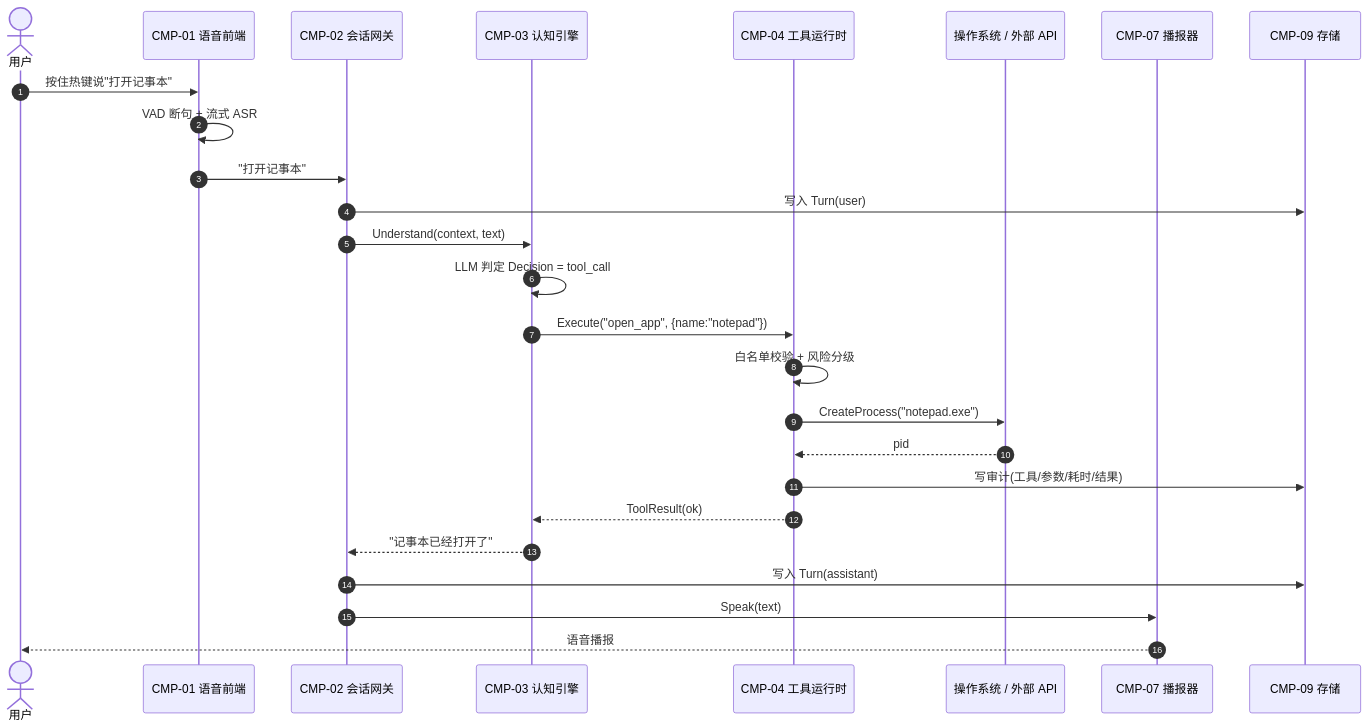
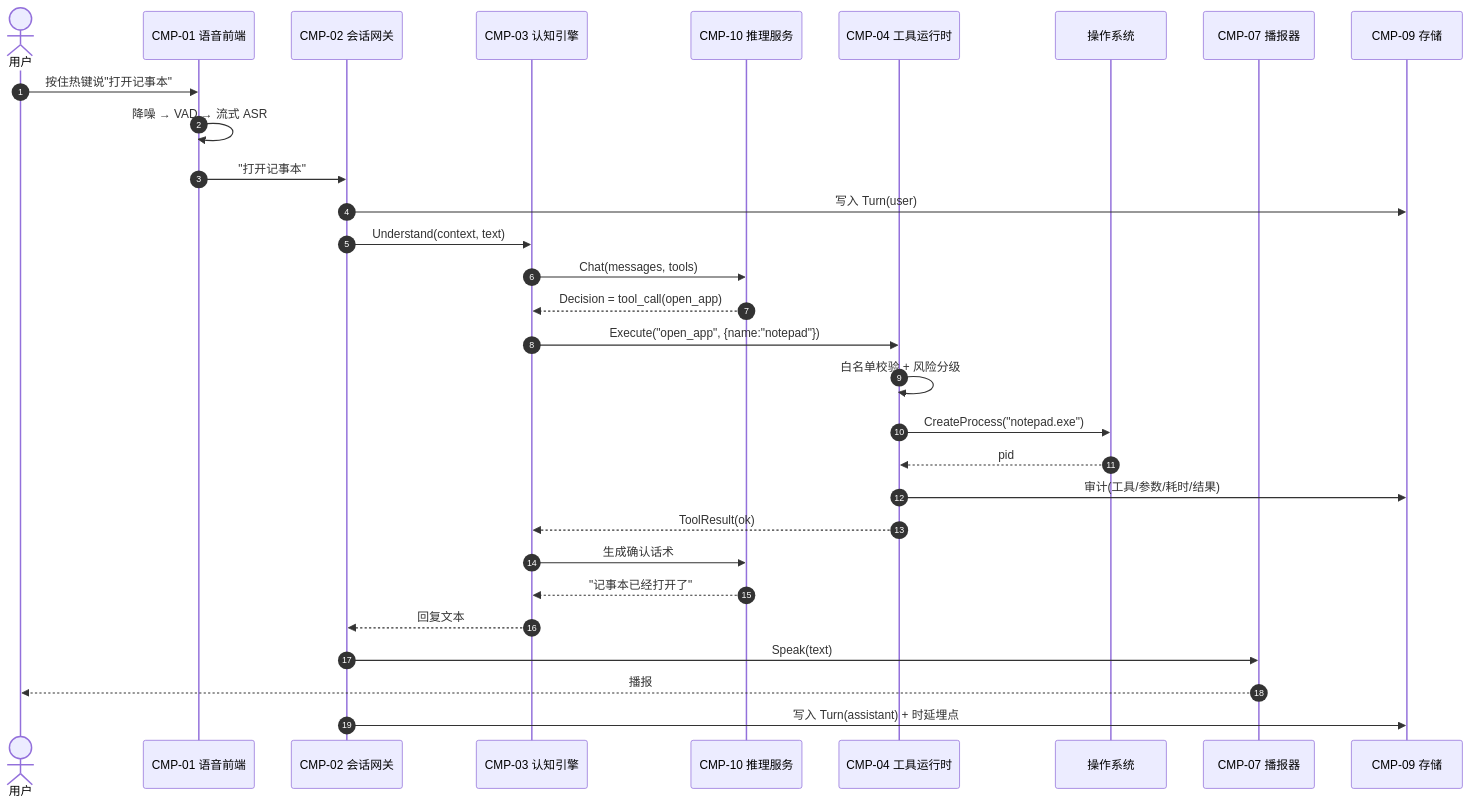
The fourth of 9 diagrams in docs/03-architecture.md (DongyueHAN/VoxDesk), drawn with Mermaid before and after one commit. The commit also changed other lines of this file, not shown here.

````diff
--- a/docs/03-architecture.md
+++ b/docs/03-architecture.md
@@ -110,30 +169,34 @@
 ```mermaid
-%% diagram: FLOW-01 主链路 | updated: 2026-10-20
+%% diagram: FLOW-01 主链路 | updated: 2026-10-26
 sequenceDiagram
     autonumber
     actor U as 用户
     participant FE as CMP-01 语音前端
     participant GW as CMP-02 会话网关
     participant CE as CMP-03 认知引擎
+    participant LLM as CMP-10 推理服务
     participant TR as CMP-04 工具运行时
-    participant OS as 操作系统 / 外部 API
+    participant OS as 操作系统
     participant TTS as CMP-07 播报器
     participant DB as CMP-09 存储
 
     U->>FE: 按住热键说"打开记事本"
-    FE->>FE: VAD 断句 + 流式 ASR
+    FE->>FE: 降噪 → VAD → 流式 ASR
     FE->>GW: "打开记事本"
     GW->>DB: 写入 Turn(user)
     GW->>CE: Understand(context, text)
-    CE->>CE: LLM 判定 Decision = tool_call
+    CE->>LLM: Chat(messages, tools)
+    LLM-->>CE: Decision = tool_call(open_app)
     CE->>TR: Execute("open_app", {name:"notepad"})
     TR->>TR: 白名单校验 + 风险分级
     TR->>OS: CreateProcess("notepad.exe")
     OS-->>TR: pid
-    TR->>DB: 写审计(工具/参数/耗时/结果)
+    TR->>DB: 审计(工具/参数/耗时/结果)
     TR-->>CE: ToolResult(ok)
-    CE-->>GW: "记事本已经打开了"
-    GW->>DB: 写入 Turn(assistant)
+    CE->>LLM: 生成确认话术
+    LLM-->>CE: "记事本已经打开了"
+    CE-->>GW: 回复文本
     GW->>TTS: Speak(text)
-    TTS-->>U: 语音播报
+    TTS-->>U: 播报
+    GW->>DB: 写入 Turn(assistant) + 时延埋点
 ```
````
